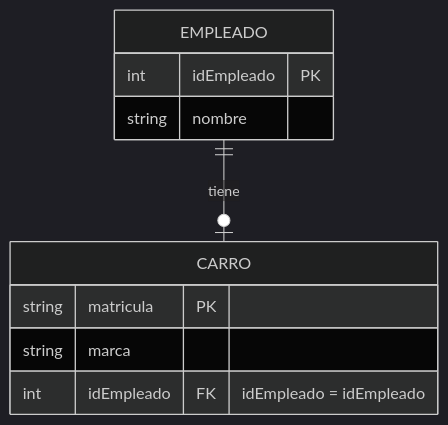
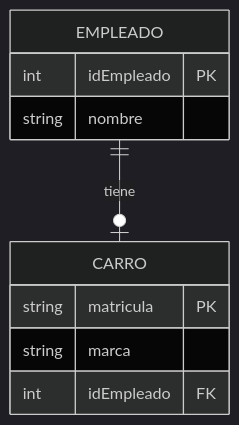
One commit to Winareku/StarLab changed the first of 12 diagrams in Untitled.md. Above: the diagram before and after it, drawn with Mermaid (dark theme). The commit also changed other lines of this file and 3 other files, not shown here.

````diff
--- a/Untitled.md
+++ b/Untitled.md
@@ -19,13 +72,13 @@
 ```mermaid
 erDiagram
-    EMPLEADO ||--o| CARRO : tiene
+    EMPLEADO ||--o| CARRO : "tiene"
     EMPLEADO {
         int idEmpleado PK
         string nombre
     }
     CARRO {
         string matricula PK
         string marca
-        int idEmpleado FK "idEmpleado = idEmpleado"
+        int idEmpleado FK
     }
 ```
````
